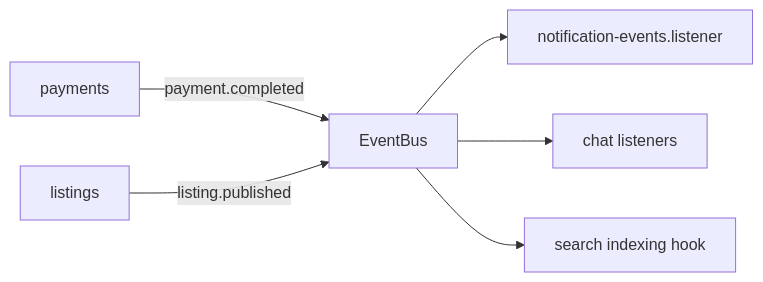
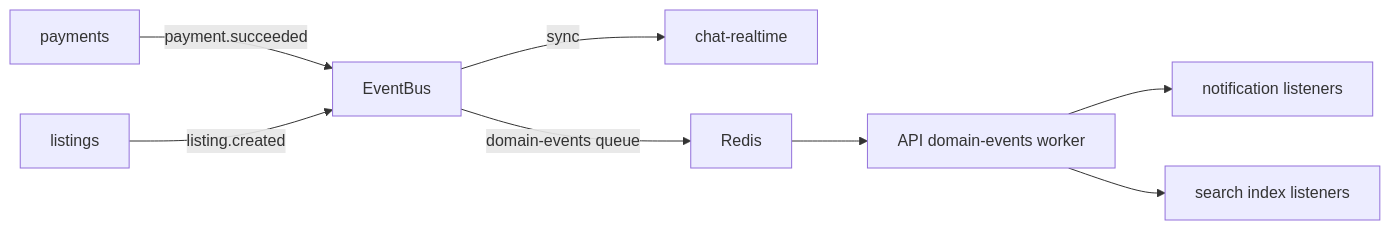
One commit to golpochat/community-marketplace changed the first of 2 diagrams in docs/architecture/event-driven.md. Above: the diagram before and after it, drawn with Mermaid. The commit also changed other lines of this file and 686 other files, not shown here.

````diff
--- a/docs/architecture/event-driven.md
+++ b/docs/architecture/event-driven.md
@@ -9,8 +9,10 @@
 ```mermaid
 flowchart LR
-  PAY[payments] -->|payment.completed| EVT[EventBus]
-  EVT --> NOTIF_L[notification-events.listener]
-  EVT --> CHAT_L[chat listeners]
-  LISTINGS[listings] -->|listing.published| EVT
-  EVT --> SEARCH[search indexing hook]
+  PAY[payments] -->|payment.succeeded| EVT[EventBus]
+  EVT -->|sync| CHAT_RT[chat-realtime]
+  EVT -->|domain-events queue| REDIS[Redis]
+  REDIS --> WORKER[API domain-events worker]
+  WORKER --> NOTIF[notification listeners]
+  WORKER --> SEARCH[search index listeners]
+  LISTINGS[listings] -->|listing.created| EVT
 ```
````
